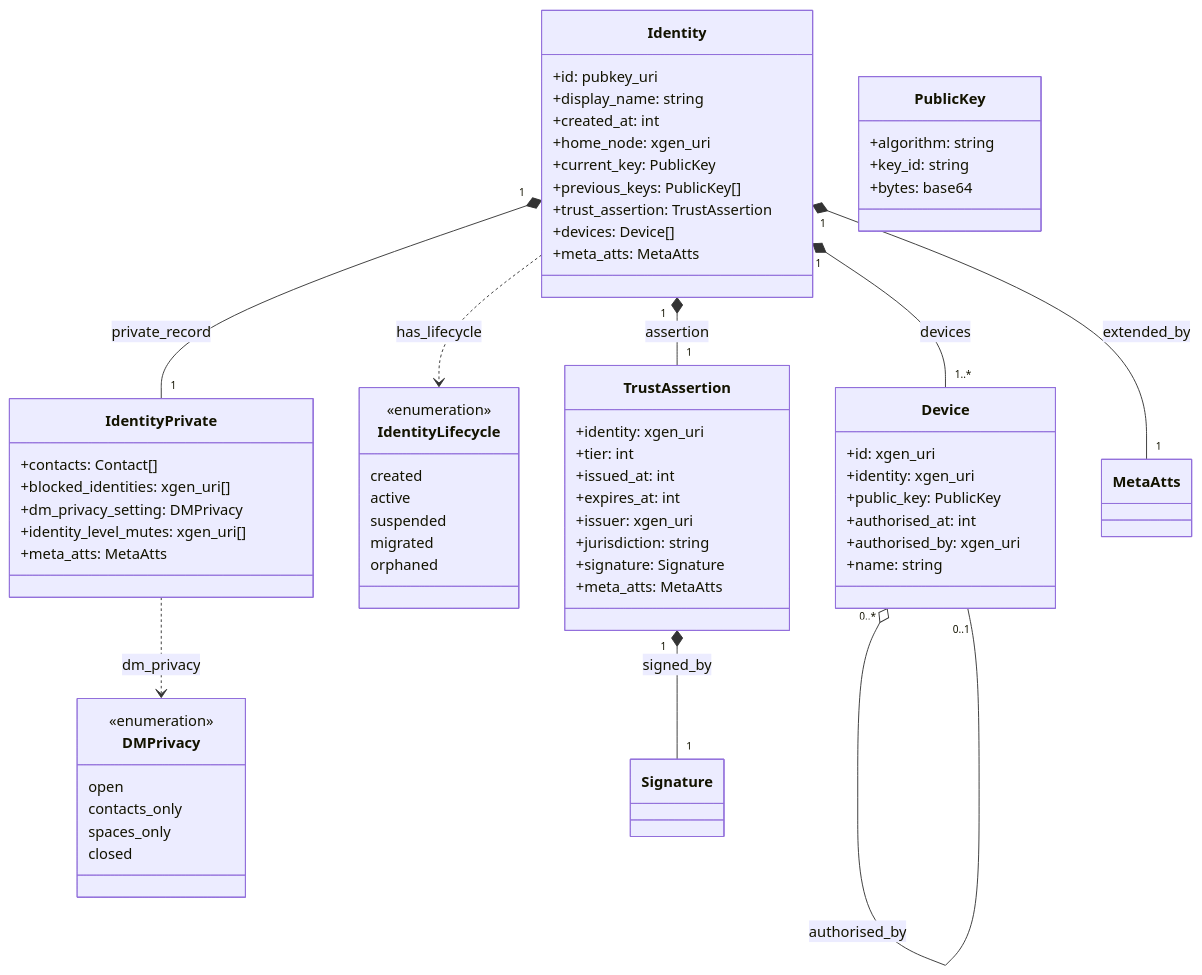
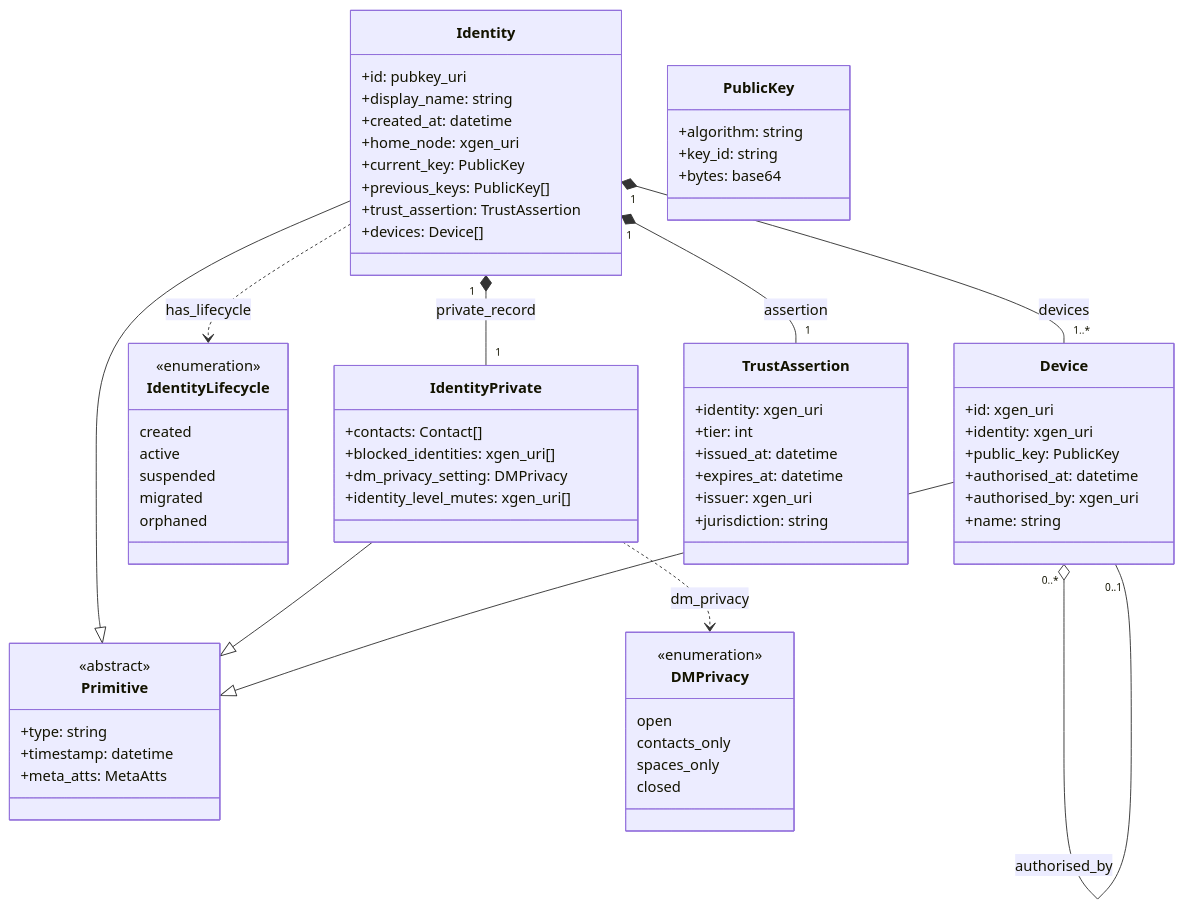
The eighth of 15 diagrams in docs/xgen_appendix_c_en.md (ianus777/XGenProtocol), drawn with Mermaid before and after one commit. The commit also changed other lines of this file and 1 other file, not shown here.

````diff
--- a/docs/xgen_appendix_c_en.md
+++ b/docs/xgen_appendix_c_en.md
@@ -563,68 +685,71 @@
 ```mermaid
 classDiagram
+    class Primitive {
+        <<abstract>>
+        +type: string
+        +timestamp: datetime
+        +meta_atts: MetaAtts
+    }
     class Identity {
         +id: pubkey_uri
         +display_name: string
-        +created_at: int
+        +created_at: datetime
         +home_node: xgen_uri
         +current_key: PublicKey
         +previous_keys: PublicKey[]
         +trust_assertion: TrustAssertion
         +devices: Device[]
-        +meta_atts: MetaAtts
     }
     class IdentityPrivate {
         +contacts: Contact[]
         +blocked_identities: xgen_uri[]
         +dm_privacy_setting: DMPrivacy
         +identity_level_mutes: xgen_uri[]
-        +meta_atts: MetaAtts
     }
     class IdentityLifecycle {
         <<enumeration>>
         created
         active
         suspended
         migrated
         orphaned
     }
     class DMPrivacy {
         <<enumeration>>
         open
         contacts_only
         spaces_only
         closed
     }
     class Device {
         +id: xgen_uri
         +identity: xgen_uri
         +public_key: PublicKey
-        +authorised_at: int
+        +authorised_at: datetime
         +authorised_by: xgen_uri
         +name: string
     }
     class TrustAssertion {
         +identity: xgen_uri
         +tier: int
-        +issued_at: int
-        +expires_at: int
+        +issued_at: datetime
+        +expires_at: datetime
         +issuer: xgen_uri
         +jurisdiction: string
-        +signature: Signature
-        +meta_atts: MetaAtts
     }
     class PublicKey {
         +algorithm: string
         +key_id: string
         +bytes: base64
     }
 
+    Identity --|> Primitive
+    IdentityPrivate --|> Primitive
+    Device --|> Primitive
     Identity "1" *-- "1" IdentityPrivate : private_record
     Identity "1" *-- "1" TrustAssertion : assertion
     Identity "1" *-- "1..*" Device : devices
-    Identity "1" *-- "1" MetaAtts : extended_by
     Identity ..> IdentityLifecycle : has_lifecycle
     IdentityPrivate ..> DMPrivacy : dm_privacy
     Device "0..*" o-- "0..1" Device : authorised_by
-    TrustAssertion "1" *-- "1" Signature : signed_by
 ```
````
